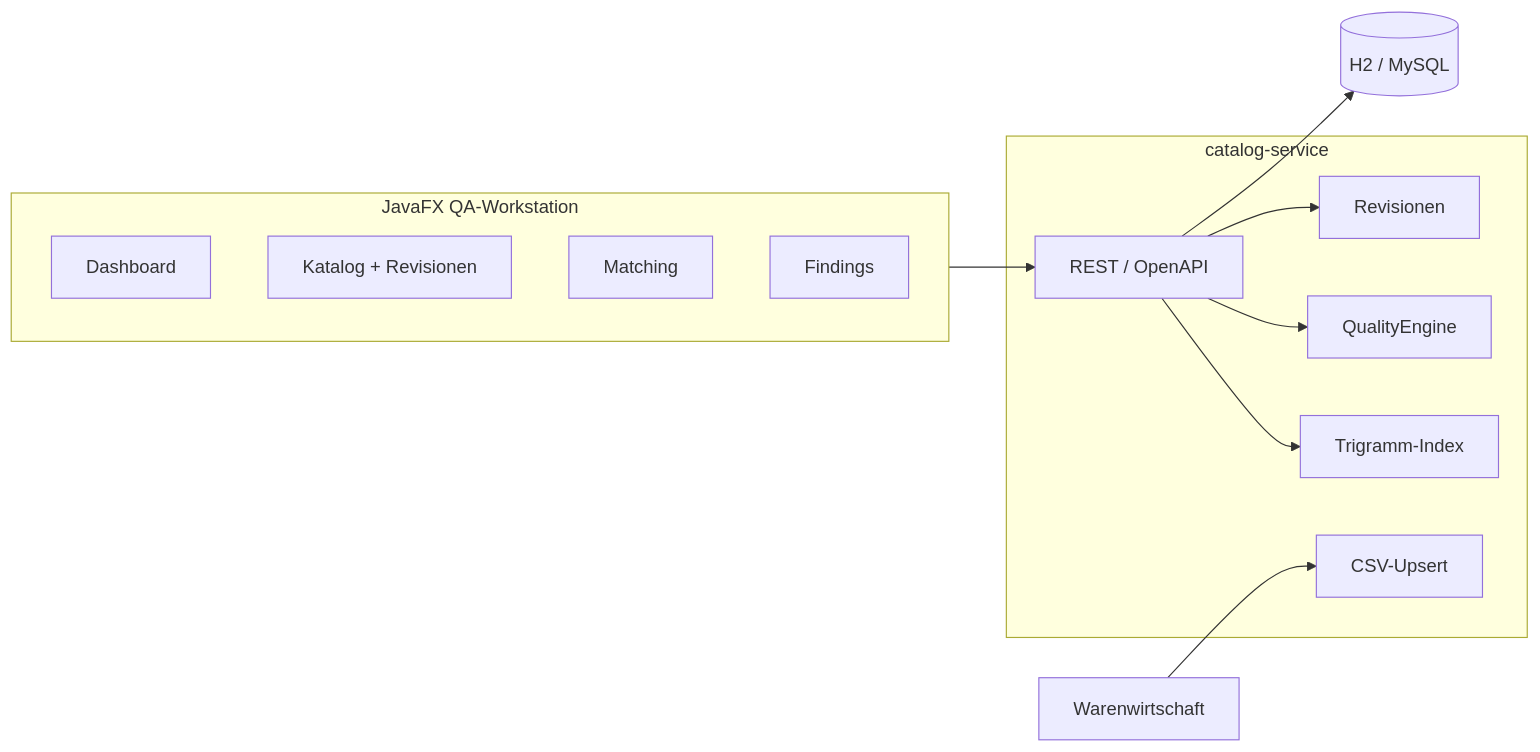
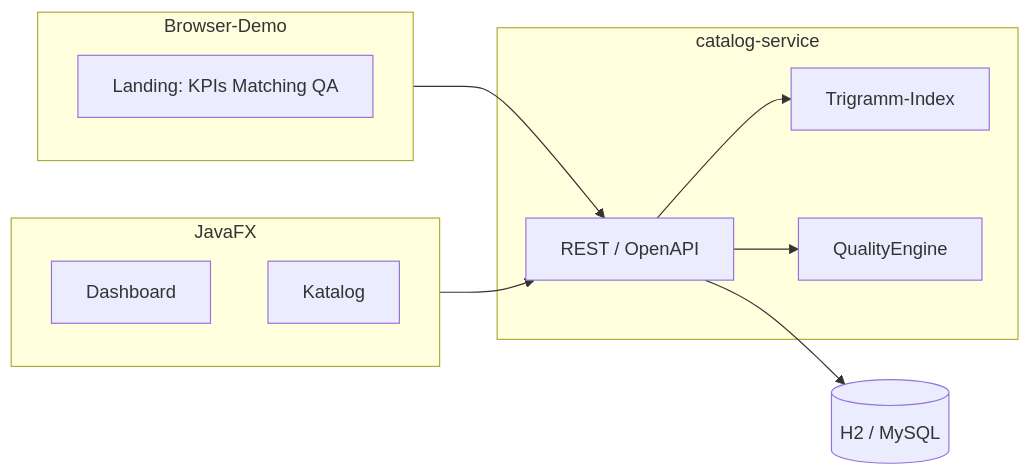
One commit to mdacoding/pharma-index changed the diagram in README.md. Above: the diagram before and after it, drawn with Mermaid. The commit also changed other lines of this file and 11 other files, not shown here.

First line of the commit message:
feat: Recruiter-Demo mit Live-Matching, QA-Findings und Portfolio-Texten

````diff
--- a/README.md
+++ b/README.md
@@ -53,24 +53,21 @@
 ```mermaid
 flowchart LR
-  subgraph ui [JavaFX QA-Workstation]
+  subgraph demo [Browser-Demo]
+    Landing[Landing: KPIs Matching QA]
+  end
+  subgraph ui [JavaFX]
     Dash[Dashboard]
-    Kat[Katalog + Revisionen]
-    MatchUI[Matching]
-    QA[Findings]
+    Kat[Katalog]
   end
   subgraph api [catalog-service]
     REST[REST / OpenAPI]
     Idx[Trigramm-Index]
     Rules[QualityEngine]
-    Rev[Revisionen]
-    B2B[CSV-Upsert]
   end
   DB[(H2 / MySQL)]
-  Partner[Warenwirtschaft]
+  demo --> REST
   ui --> REST
-  Partner --> B2B
   REST --> Idx
   REST --> Rules
-  REST --> Rev
   REST --> DB
 ```
````
